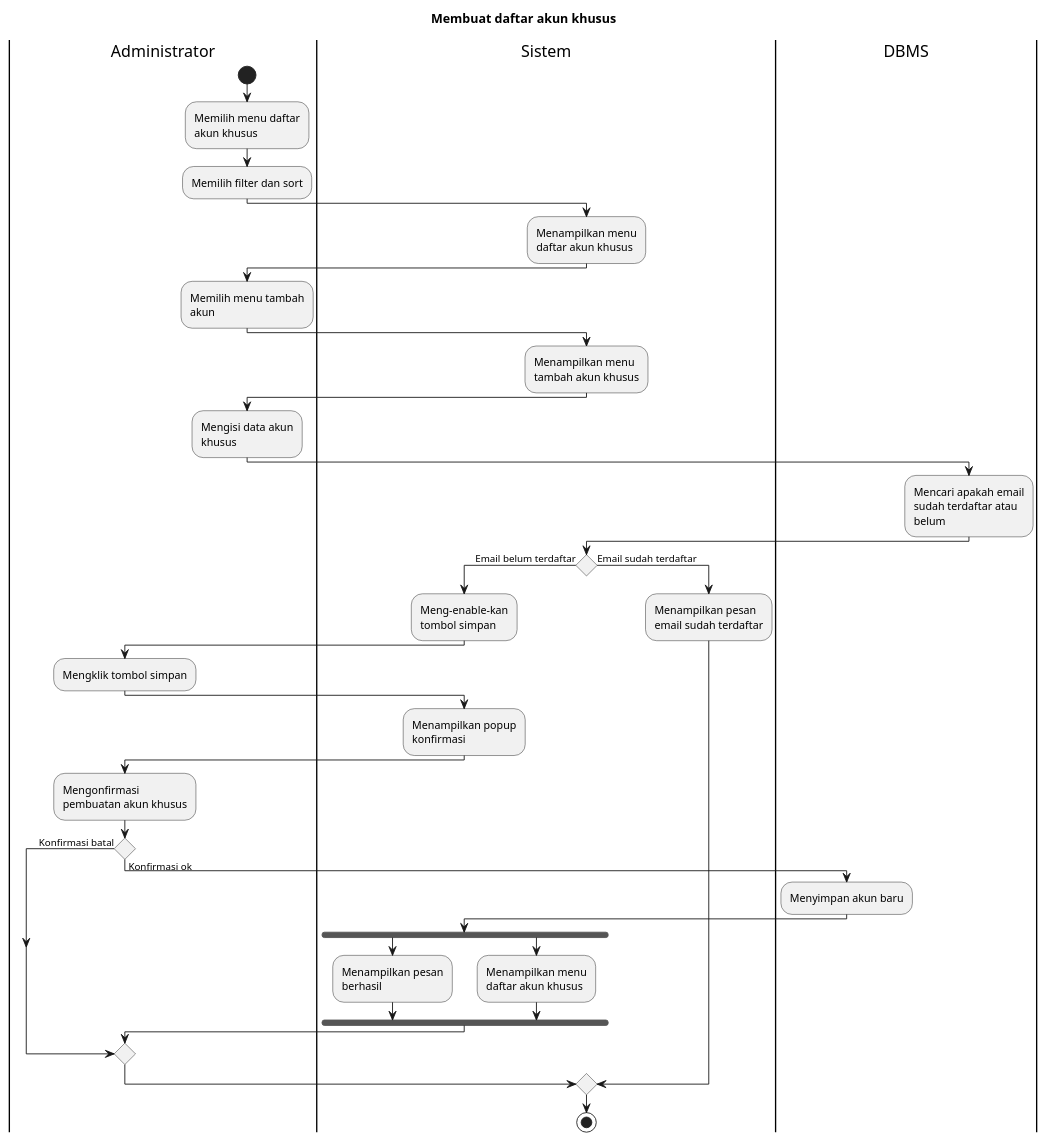
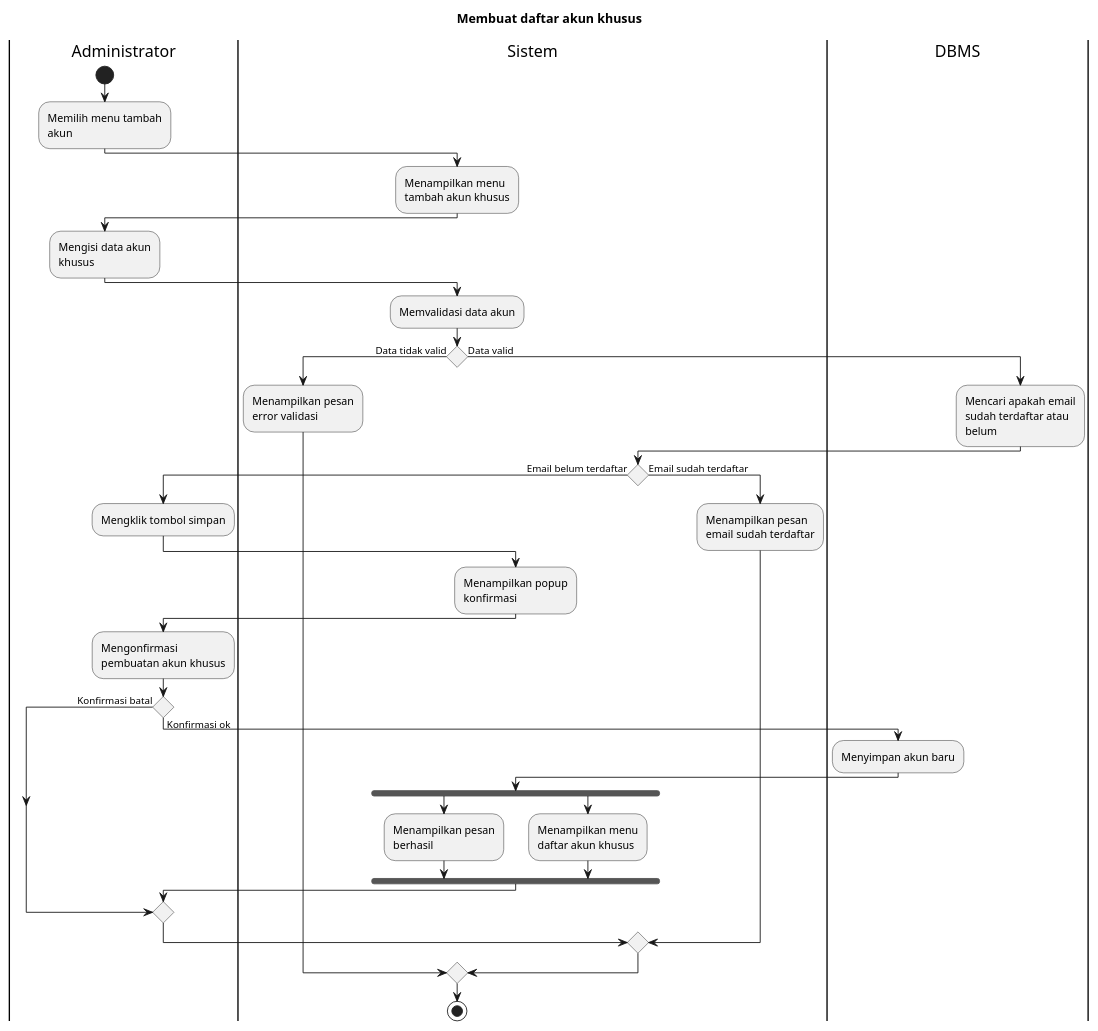
Before and after one commit to bagusNA/appl-diagrams: the diagram in Activity Diagrams/UC-MGUSER - Manajemen Pengguna/UC-MGUSER-010 - Membuat akun khusus.puml, drawn with PlantUML. The commit also changed 112 other files, not shown here.

Commit message:
feat: overhaul activity diagrams

```diff
--- a/Activity Diagrams/UC-MGUSER - Manajemen Pengguna/UC-MGUSER-010 - Membuat akun khusus.puml
+++ b/Activity Diagrams/UC-MGUSER - Manajemen Pengguna/UC-MGUSER-010 - Membuat akun khusus.puml
@@ -1,58 +1,55 @@
 @startuml UC-MGUSER-010 - Membuat daftar akun khusus
 skinparam wrapWidth 140
 
 title Membuat daftar akun khusus
 
 |Administrator|
 start
-:Memilih menu daftar akun khusus;
-:Memilih filter dan sort;
-
-|Sistem|
-:Menampilkan menu daftar akun khusus;
-
-|Administrator|
 :Memilih menu tambah akun;
 
 |Sistem|
 :Menampilkan menu tambah akun khusus;
 
 |Administrator|
 :Mengisi data akun khusus;
 
-|DBMS|
-:Mencari apakah email sudah terdaftar atau belum;
+|Sistem|
+:Memvalidasi data akun;
 
-|Sistem|
-if () then (Email belum terdaftar)
+if () then (Data tidak valid)
+  :Menampilkan pesan error validasi;
+else (Data valid)
+  |DBMS|
+  :Mencari apakah email sudah terdaftar atau belum;
+
   |Sistem|
-  :Meng-enable-kan tombol simpan;
+  if () then (Email belum terdaftar)
+    |Administrator|
+    :Mengklik tombol simpan;
+    
+    |Sistem|
+    :Menampilkan popup konfirmasi;
 
-  |Administrator|
-  :Mengklik tombol simpan;
-  
-  |Sistem|
-  :Menampilkan popup konfirmasi;
+    |Administrator|
+    :Mengonfirmasi pembuatan akun khusus;
 
-  |Administrator|
-  :Mengonfirmasi pembuatan akun khusus;
+    if () then (Konfirmasi batal)
+    else (Konfirmasi ok)
+      |DBMS|
+      :Menyimpan akun baru;
 
-  if () then (Konfirmasi batal)
-  else (Konfirmasi ok)
-    |DBMS|
-    :Menyimpan akun baru;
-
-    |Sistem|
-    fork
-      :Menampilkan pesan berhasil;
-    fork again
-      :Menampilkan menu daftar akun khusus;
-    endfork
+      |Sistem|
+      fork
+        :Menampilkan pesan berhasil;
+      fork again
+        :Menampilkan menu daftar akun khusus;
+      endfork
+    endif
+  else (Email sudah terdaftar)
+    :Menampilkan pesan email sudah terdaftar;
   endif
-else (Email sudah terdaftar)
-  :Menampilkan pesan email sudah terdaftar;
 endif
 
 stop
 
 @enduml
```
